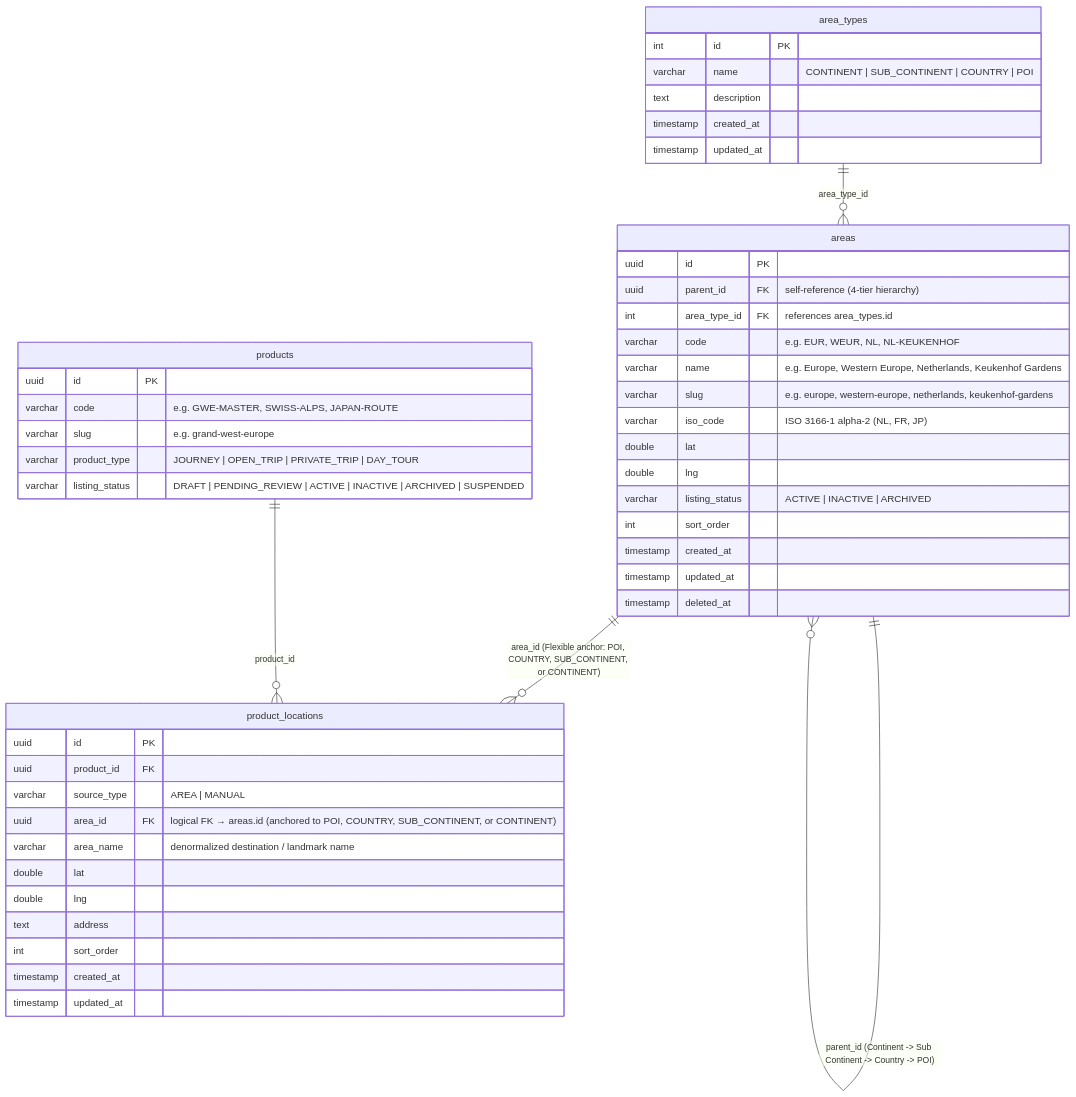
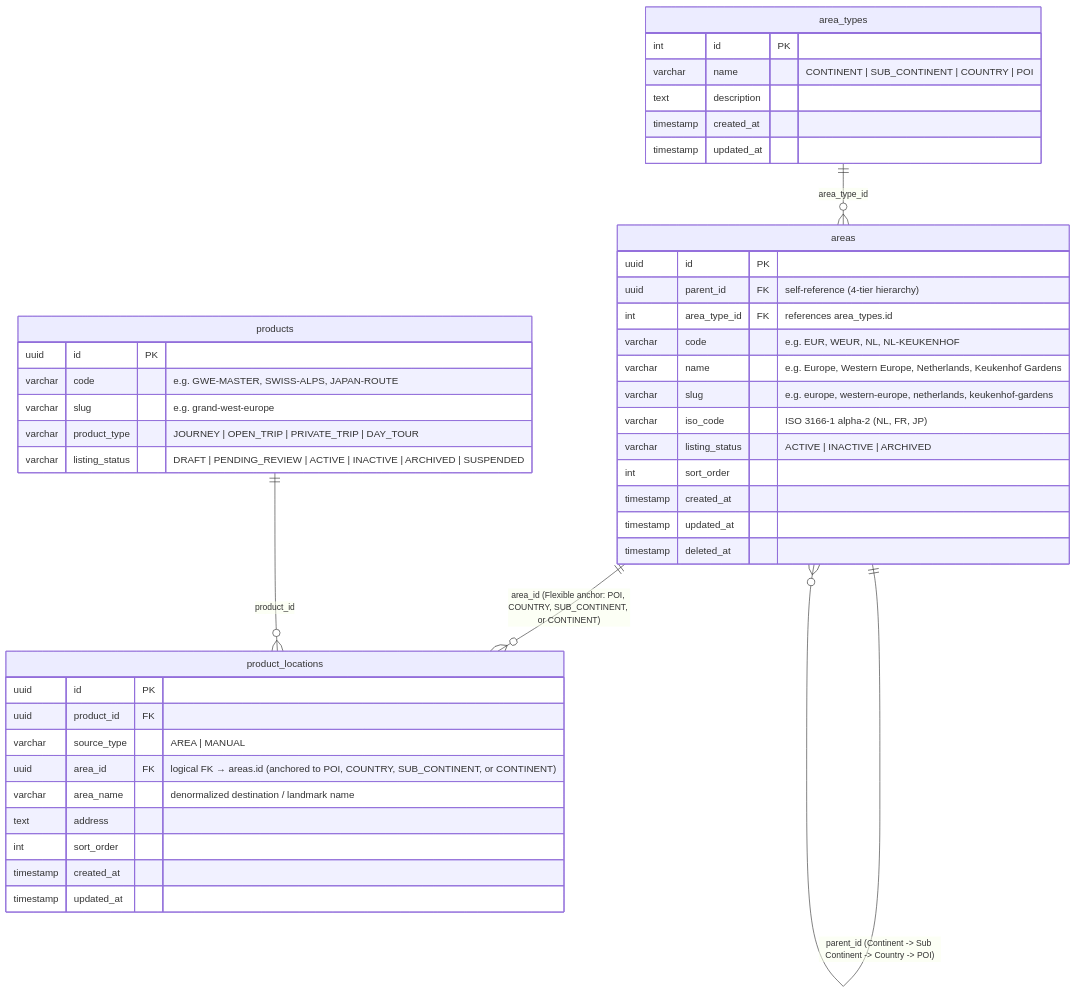
One commit to Haris-saifudin/hobiholidays-documentations changed the first of 3 diagrams in technical/area-technical-design.md. Above: the diagram before and after it, drawn with Mermaid. The commit also changed other lines of this file and 10 other files, not shown here.

First line of the commit message:
refactor(architecture): eliminate all spatial coordinates, booking locks, and cascade deletes

````diff
--- a/technical/area-technical-design.md
+++ b/technical/area-technical-design.md
@@ -133,54 +131,50 @@
 ```mermaid
 erDiagram
     area_types ||--o{ areas : "area_type_id"
     areas ||--o{ areas : "parent_id (Continent -> Sub Continent -> Country -> POI)"
     areas ||--o{ product_locations : "area_id (Flexible anchor: POI, COUNTRY, SUB_CONTINENT, or CONTINENT)"
     products ||--o{ product_locations : "product_id"
 
     area_types {
         int       id           PK
         varchar   name         "CONTINENT | SUB_CONTINENT | COUNTRY | POI"
         text      description
         timestamp created_at
         timestamp updated_at
     }
 
     areas {
         uuid      id             PK
         uuid      parent_id      FK "self-reference (4-tier hierarchy)"
         int       area_type_id   FK "references area_types.id"
         varchar   code           "e.g. EUR, WEUR, NL, NL-KEUKENHOF"
         varchar   name           "e.g. Europe, Western Europe, Netherlands, Keukenhof Gardens"
         varchar   slug           "e.g. europe, western-europe, netherlands, keukenhof-gardens"
         varchar   iso_code       "ISO 3166-1 alpha-2 (NL, FR, JP)"
-        double    lat
-        double    lng
         varchar   listing_status "ACTIVE | INACTIVE | ARCHIVED"
         int       sort_order
         timestamp created_at
         timestamp updated_at
         timestamp deleted_at
     }
 
     product_locations {
         uuid      id          PK
         uuid      product_id  FK
         varchar   source_type "AREA | MANUAL"
         uuid      area_id     FK "logical FK → areas.id (anchored to POI, COUNTRY, SUB_CONTINENT, or CONTINENT)"
         varchar   area_name   "denormalized destination / landmark name"
-        double    lat
-        double    lng
         text      address
         int       sort_order
         timestamp created_at
         timestamp updated_at
     }
 
     products {
         uuid      id             PK
         varchar   code           "e.g. GWE-MASTER, SWISS-ALPS, JAPAN-ROUTE"
         varchar   slug           "e.g. grand-west-europe"
         varchar   product_type   "JOURNEY | OPEN_TRIP | PRIVATE_TRIP | DAY_TOUR"
         varchar   listing_status "DRAFT | PENDING_REVIEW | ACTIVE | INACTIVE | ARCHIVED | SUSPENDED"
     }
 ```
````
